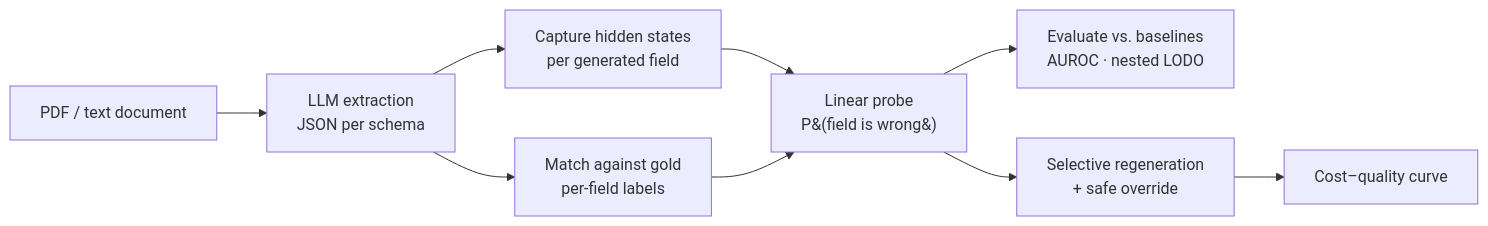
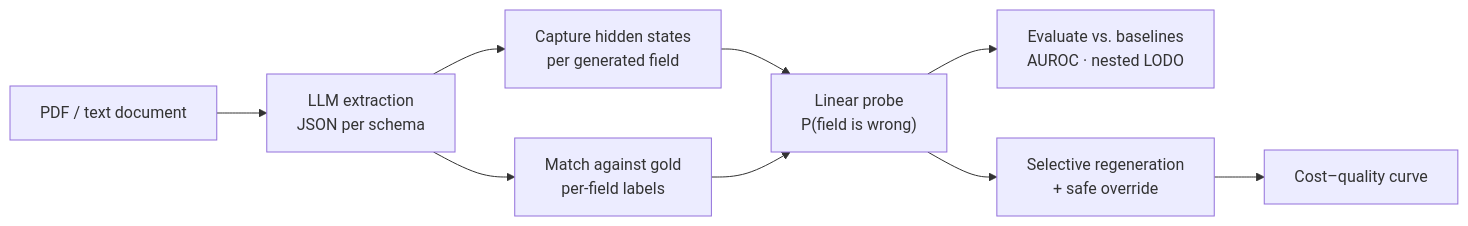
Before and after one commit to PC0907/NLP_Lab: the diagram in README.md, drawn with Mermaid.

````diff
--- a/README.md
+++ b/README.md
@@ -27,11 +27,11 @@
 ```mermaid
 flowchart LR
-    A[PDF / text document] --> B[LLM extraction<br/>JSON per schema]
-    B --> C[Capture hidden states<br/>per generated field]
-    B --> D[Match against gold<br/>per-field labels]
-    C --> E[Linear probe<br/>P&#40;field is wrong&#41;]
+    A["PDF / text document"] --> B["LLM extraction<br/>JSON per schema"]
+    B --> C["Capture hidden states<br/>per generated field"]
+    B --> D["Match against gold<br/>per-field labels"]
+    C --> E["Linear probe<br/>P(field is wrong)"]
     D --> E
-    E --> F[Evaluate vs. baselines<br/>AUROC · nested LODO]
-    E --> G[Selective regeneration<br/>+ safe override]
-    G --> H[Cost–quality curve]
+    E --> F["Evaluate vs. baselines<br/>AUROC · nested LODO"]
+    E --> G["Selective regeneration<br/>+ safe override"]
+    G --> H["Cost–quality curve"]
 ```
````
